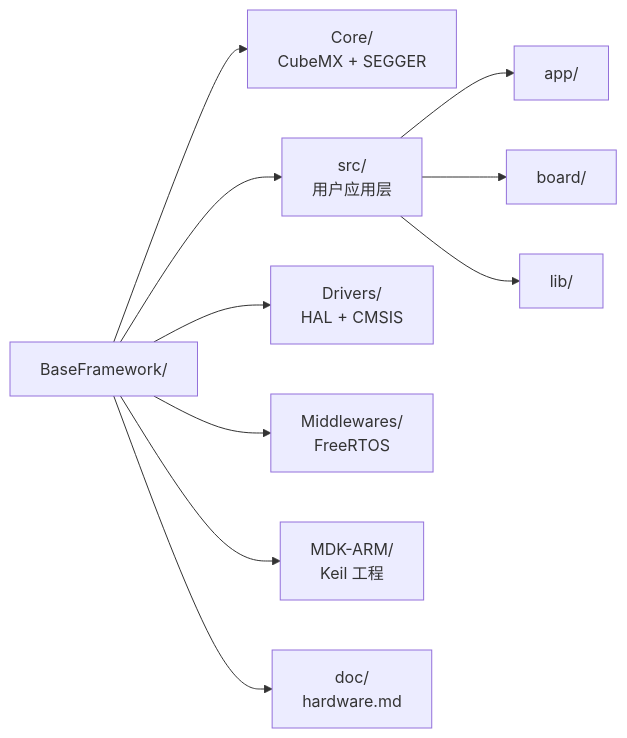
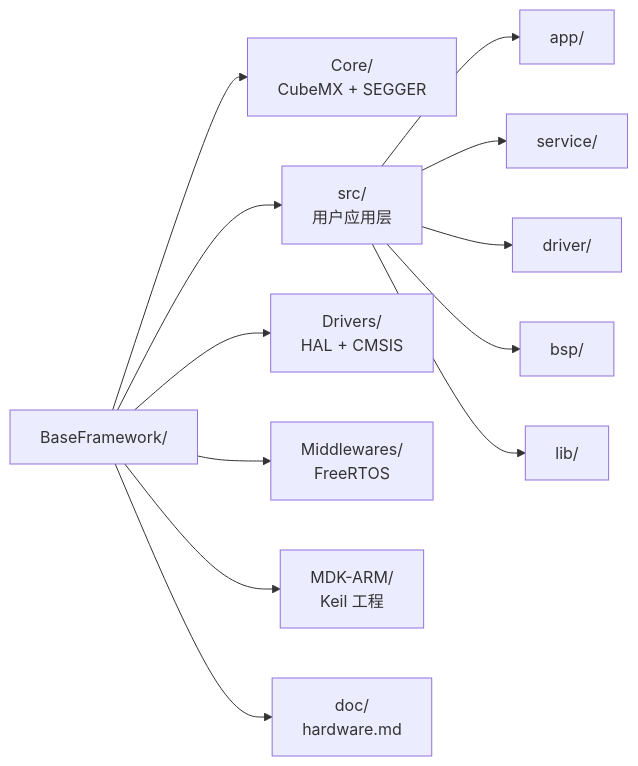
Before and after one commit to 4ImL3sSb0T/BaseFramework: the third of 11 diagrams in README.md, drawn with Mermaid. The commit also changed other lines of this file and 66 other files, not shown here.

````diff
--- a/README.md
+++ b/README.md
@@ -87,14 +100,16 @@
 ```mermaid
 flowchart LR
   ROOT[BaseFramework/]
   ROOT --> Core[Core/<br/>CubeMX + SEGGER]
   ROOT --> Src[src/<br/>用户应用层]
   ROOT --> Drivers[Drivers/<br/>HAL + CMSIS]
   ROOT --> MW[Middlewares/<br/>FreeRTOS]
   ROOT --> MDK[MDK-ARM/<br/>Keil 工程]
   ROOT --> Doc[doc/<br/>hardware.md]
 
   Src --> App[app/]
-  Src --> Board[board/]
+  Src --> Svc[service/]
+  Src --> Drv[driver/]
+  Src --> Bsp[bsp/]
   Src --> Lib[lib/]
 ```
````
